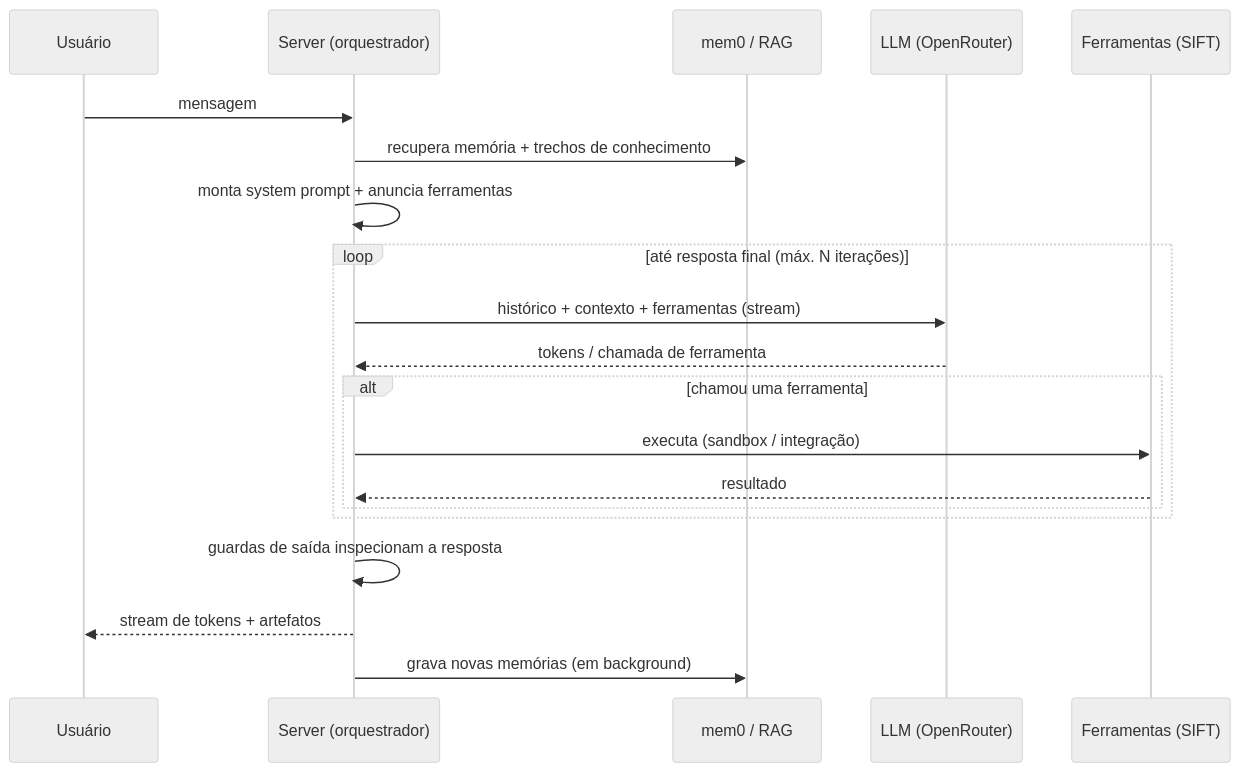
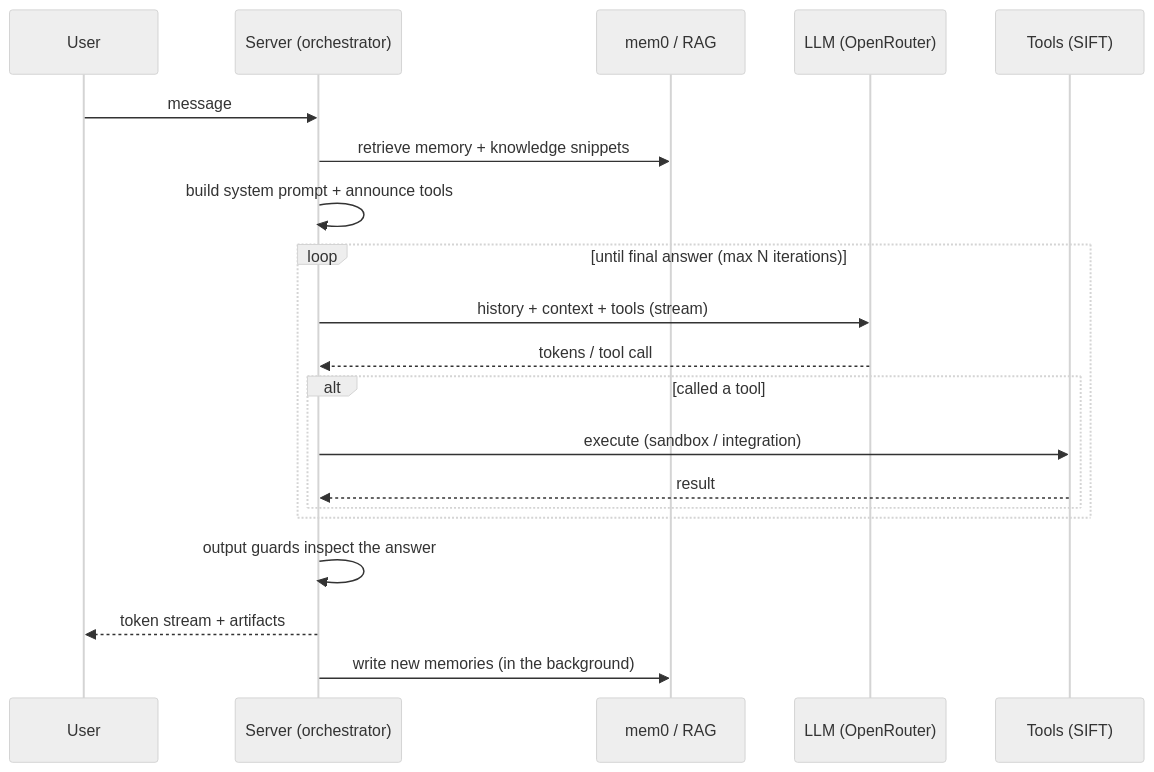
One commit to Victor-Alves0/AI-Workspace changed the second of 2 diagrams in docs/architecture.md. Above: the diagram before and after it, drawn with Mermaid (neutral theme). The commit also changed other lines of this file and 11 other files, not shown here.

````diff
--- a/docs/architecture.md
+++ b/docs/architecture.md
@@ -88,23 +86,23 @@
 ```mermaid
 sequenceDiagram
-    participant U as Usuário
-    participant S as Server (orquestrador)
+    participant U as User
+    participant S as Server (orchestrator)
     participant M as mem0 / RAG
     participant L as LLM (OpenRouter)
-    participant T as Ferramentas (SIFT)
+    participant T as Tools (SIFT)
 
-    U->>S: mensagem
-    S->>M: recupera memória + trechos de conhecimento
-    S->>S: monta system prompt + anuncia ferramentas
-    loop até resposta final (máx. N iterações)
-        S->>L: histórico + contexto + ferramentas (stream)
-        L-->>S: tokens / chamada de ferramenta
-        alt chamou uma ferramenta
-            S->>T: executa (sandbox / integração)
-            T-->>S: resultado
+    U->>S: message
+    S->>M: retrieve memory + knowledge snippets
+    S->>S: build system prompt + announce tools
+    loop until final answer (max N iterations)
+        S->>L: history + context + tools (stream)
+        L-->>S: tokens / tool call
+        alt called a tool
+            S->>T: execute (sandbox / integration)
+            T-->>S: result
         end
     end
-    S->>S: guardas de saída inspecionam a resposta
-    S-->>U: stream de tokens + artefatos
-    S->>M: grava novas memórias (em background)
+    S->>S: output guards inspect the answer
+    S-->>U: token stream + artifacts
+    S->>M: write new memories (in the background)
 ```
````
